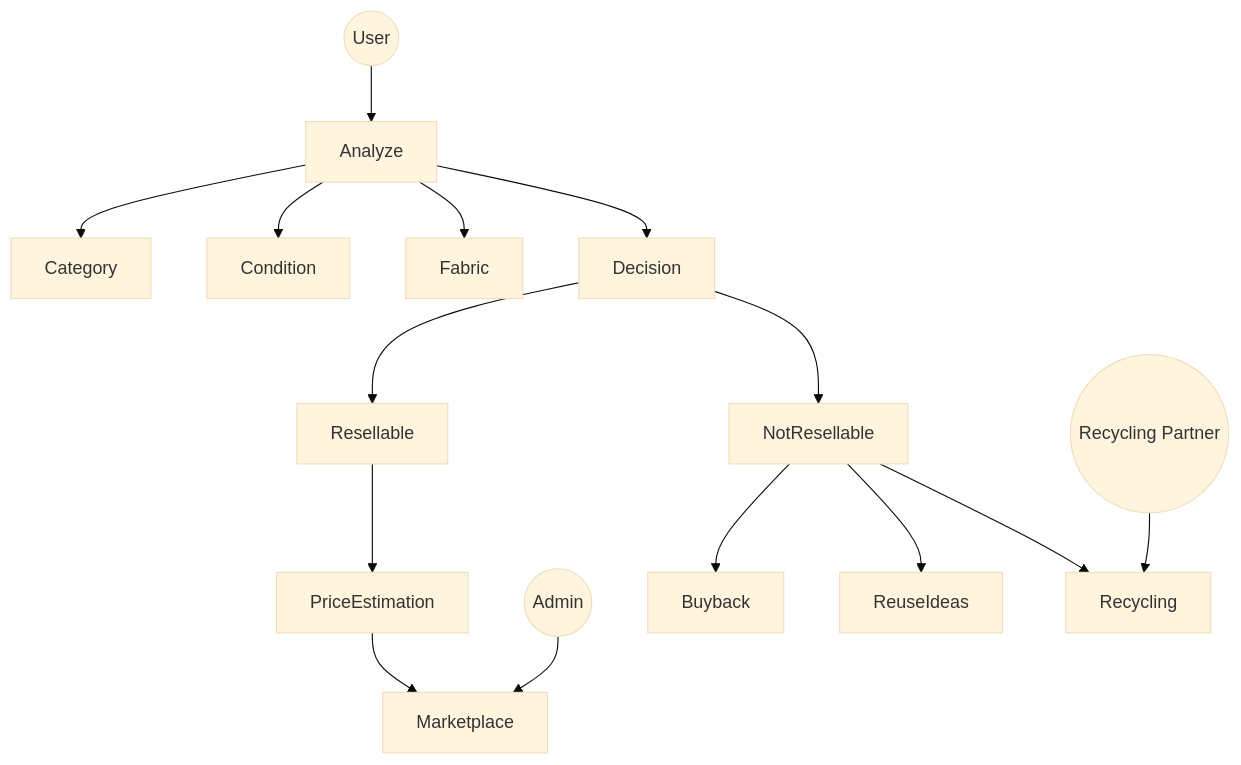
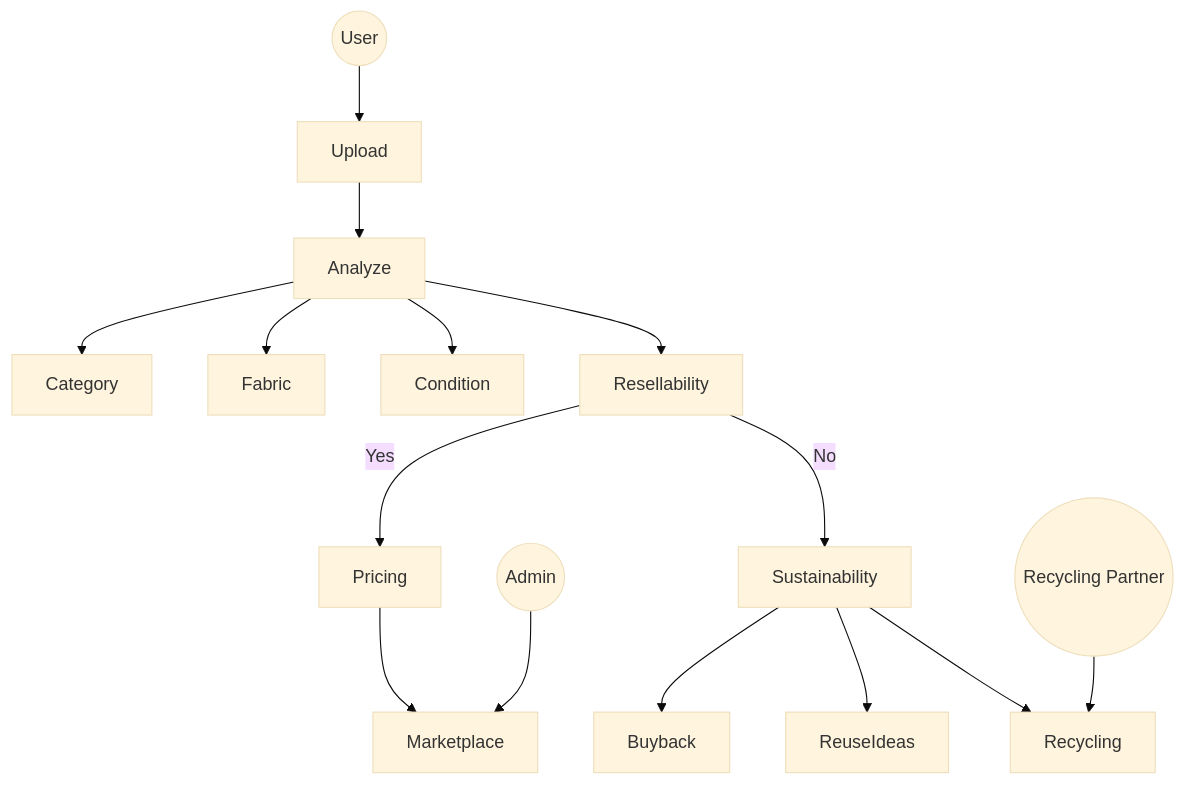
The diagram in README.md (Nikhub7-dotcom/ReWear), drawn with Mermaid (base theme) before and after one commit. The commit also changed other lines of this file, not shown here.

````diff
--- a/README.md
+++ b/README.md
@@ -54,26 +68,26 @@
 ```mermaid
 graph TD
 
 User((User))
 Admin((Admin))
 Recycler((Recycling Partner))
 
-User --> Analyze
+User --> Upload
+Upload --> Analyze
+
 Analyze --> Category
+Analyze --> Fabric
 Analyze --> Condition
-Analyze --> Fabric
-Analyze --> Decision
+Analyze --> Resellability
 
-Decision --> Resellable
-Decision --> NotResellable
+Resellability -->|Yes| Pricing
+Resellability -->|No| Sustainability
 
-Resellable --> PriceEstimation
-PriceEstimation --> Marketplace
-
-NotResellable --> Buyback
-NotResellable --> ReuseIdeas
-NotResellable --> Recycling
+Pricing --> Marketplace
+Sustainability --> Buyback
+Sustainability --> ReuseIdeas
+Sustainability --> Recycling
 
 Admin --> Marketplace
 Recycler --> Recycling
 ```
````
